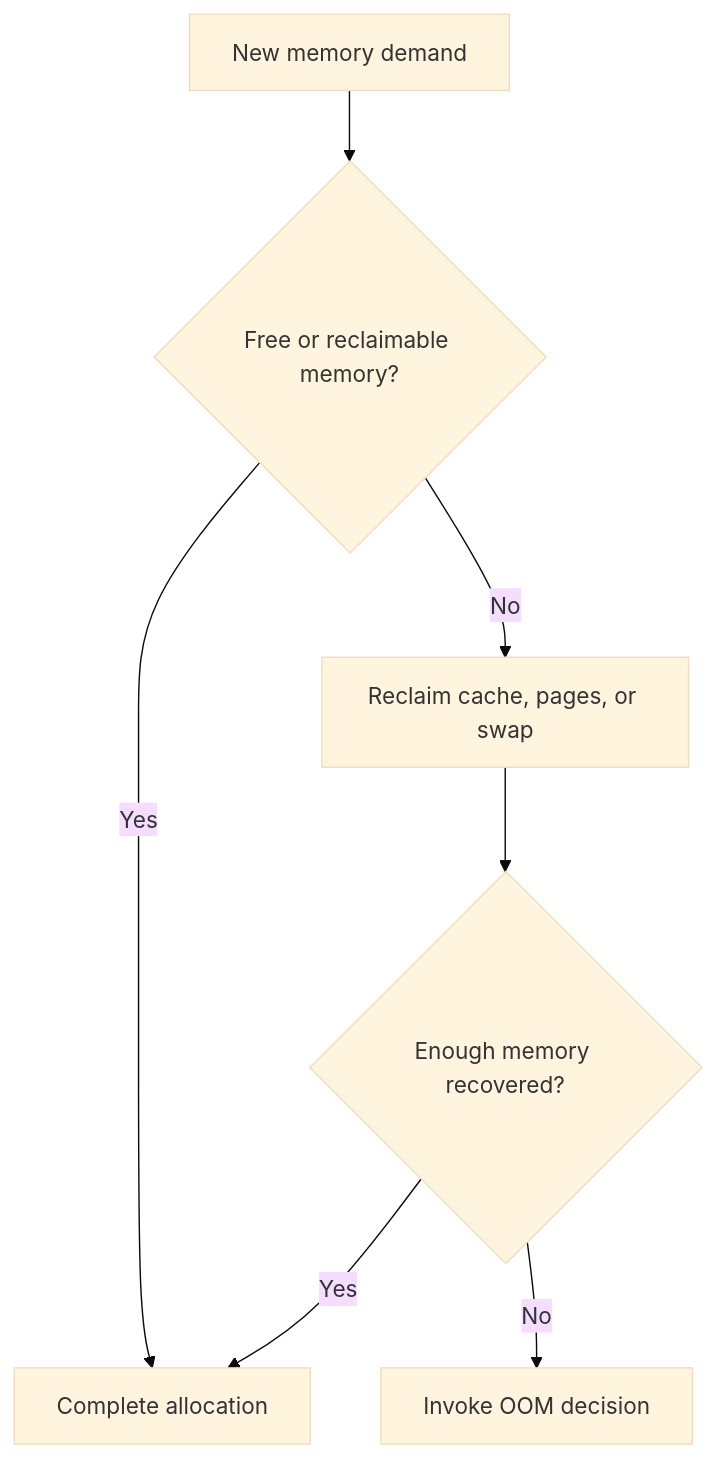
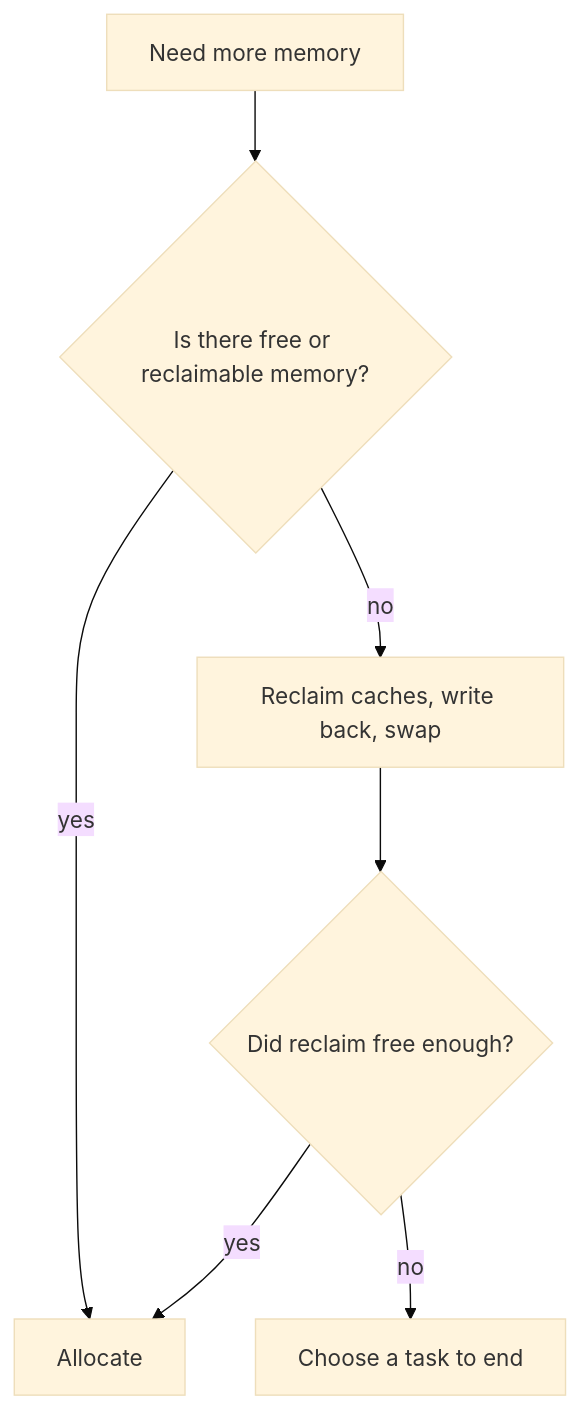
The fourth of 4 diagrams in _posts/2026-08-24-linux-resource-limits-and-the-oom-killer.md (amrrdev/amrrdev.github.io), drawn with Mermaid (base theme) before and after one commit. The commit also changed other lines of this file and 15 other files, not shown here.

````diff
--- a/_posts/2026-08-24-linux-resource-limits-and-the-oom-killer.md
+++ b/_posts/2026-08-24-linux-resource-limits-and-the-oom-killer.md
@@ -241,9 +152,9 @@
 ```mermaid
 flowchart TD
-    Demand[New memory demand] --> Available{Free or reclaimable memory?}
-    Available -->|Yes| Allocate[Complete allocation]
-    Available -->|No| Reclaim[Reclaim cache, pages, or swap]
-    Reclaim --> Success{Enough memory recovered?}
-    Success -->|Yes| Allocate
-    Success -->|No| OOM[Invoke OOM decision]
+    Need[Need more memory] --> Free{Is there free or reclaimable memory?}
+    Free -->|yes| Done[Allocate]
+    Free -->|no| TryReclaim[Reclaim caches, write back, swap]
+    TryReclaim --> Enough{Did reclaim free enough?}
+    Enough -->|yes| Done
+    Enough -->|no| OOM[Choose a task to end]
 ```
````
